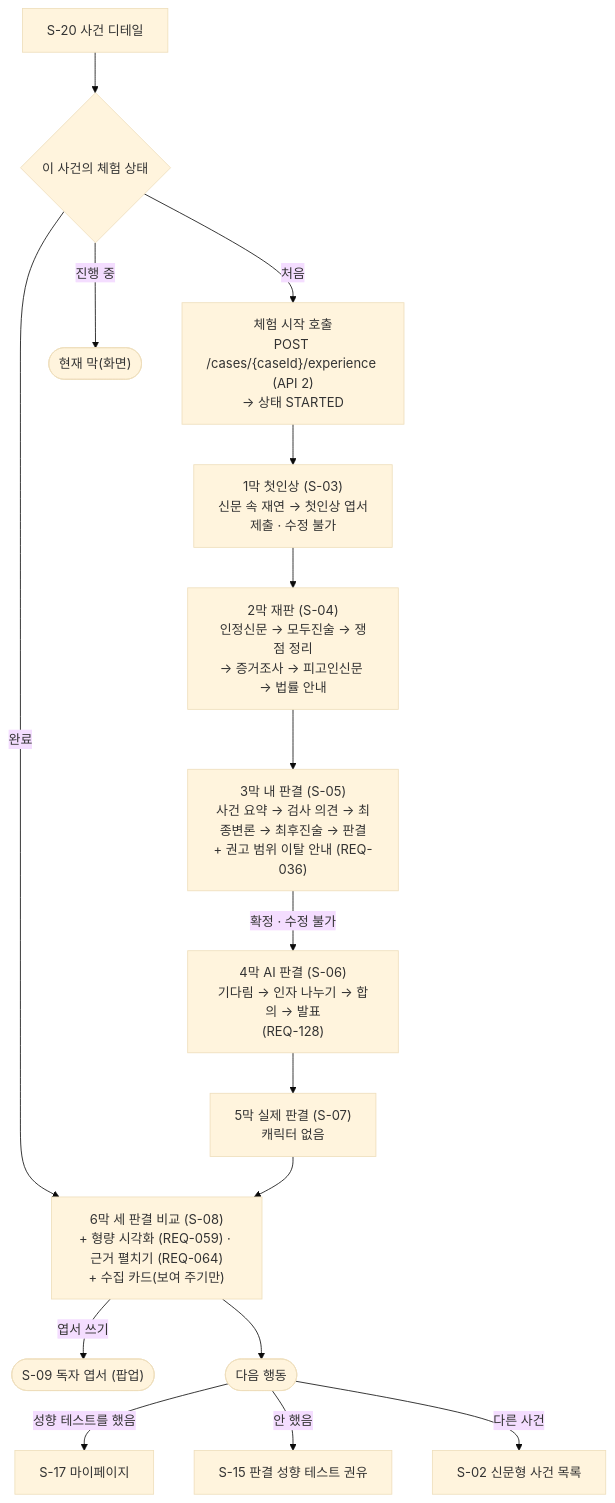
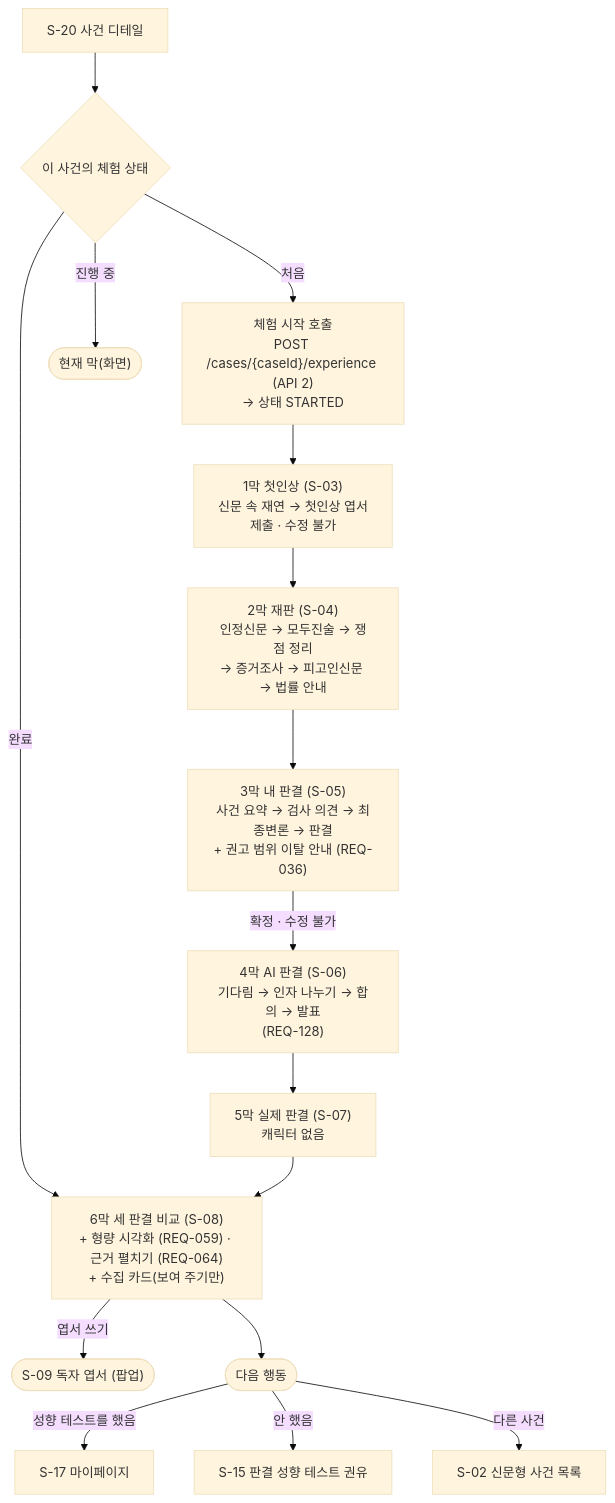
One commit to prgrms-aibe-devcourse/AIBE7_FinalProject_Team2 changed the fifth of 8 diagrams in docs/user-flow.md. Above: the diagram before and after it, drawn with Mermaid (base theme). The commit also changed other lines of this file and 5 other files, not shown here.

````diff
--- a/docs/user-flow.md
+++ b/docs/user-flow.md
@@ -244,18 +244,18 @@
 ```mermaid
 flowchart TD
     CD["S-20 사건 디테일"] --> D1{"이 사건의 체험 상태"}
     D1 -->|처음| ST["체험 시작 호출<br/>POST /cases/{caseId}/experience (API 2)<br/>→ 상태 STARTED"]
     ST --> A1
     D1 -->|진행 중| P(["현재 막(화면)"])
     D1 -->|완료| A6
     A1["1막 첫인상 (S-03)<br/>신문 속 재연 → 첫인상 엽서<br/>제출 · 수정 불가"] --> A2["2막 재판 (S-04)<br/>인정신문 → 모두진술 → 쟁점 정리<br/>→ 증거조사 → 피고인신문 → 법률 안내"]
-    A2 --> A3["3막 내 판결 (S-05)<br/>사건 요약 → 검사 의견 → 최종변론 → 최후진술 → 판결<br/>+ 권고 범위 이탈 안내 (REQ-036)"]
+    A2 --> A3["3막 내 판결 (S-05)<br/>사건 요약 → 검사 의견 → 최종변론 → 판결<br/>+ 권고 범위 이탈 안내 (REQ-036)"]
     A3 -->|확정 · 수정 불가| A4["4막 AI 판결 (S-06)<br/>기다림 → 인자 나누기 → 합의 → 발표<br/>(REQ-128)"]
     A4 --> A5["5막 실제 판결 (S-07)<br/>캐릭터 없음"]
     A5 --> A6["6막 세 판결 비교 (S-08)<br/>+ 형량 시각화 (REQ-059) · 근거 펼치기 (REQ-064)<br/>+ 수집 카드(보여 주기만)"]
     A6 -->|엽서 쓰기| RV(["S-09 독자 엽서 (팝업)"])
     A6 --> NX(["다음 행동"])
     NX -->|성향 테스트를 했음| MY["S-17 마이페이지"]
     NX -->|안 했음| T["S-15 판결 성향 테스트 권유"]
     NX -->|다른 사건| N["S-02 신문형 사건 목록"]
 ```
````
